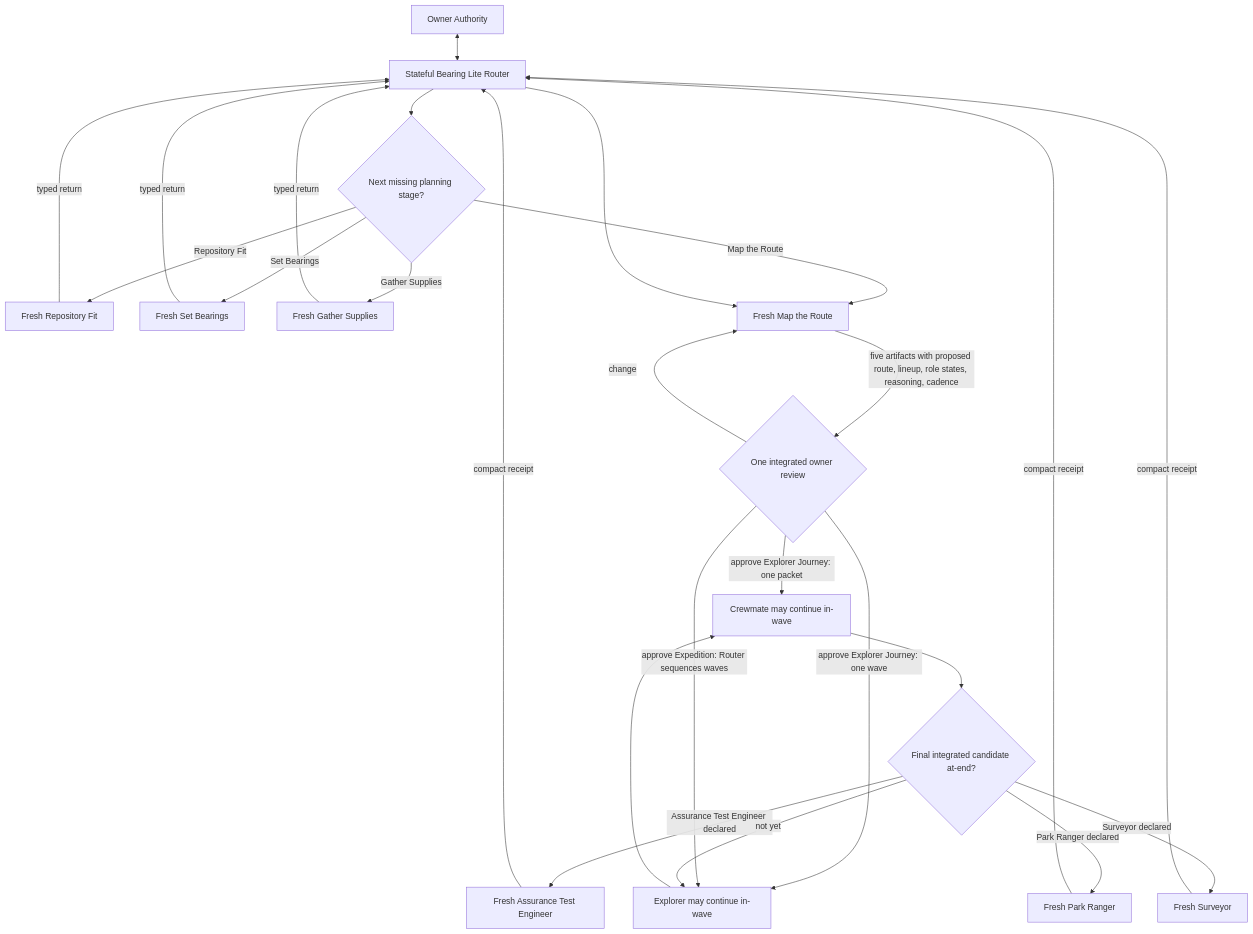
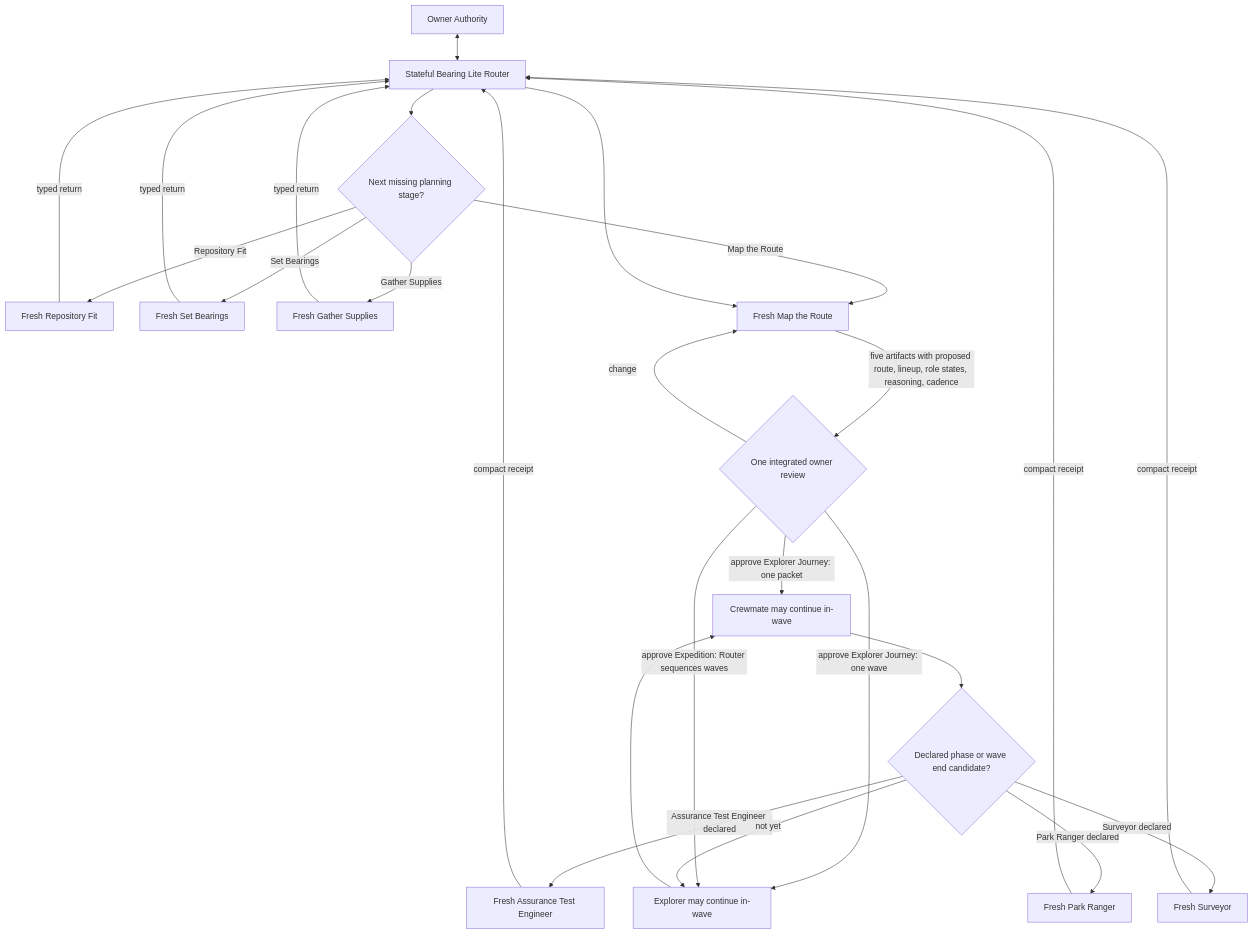
Before and after one commit to alphazede/bearing-lite: the diagram in skills/bearing-lite/references/role-routing.mmd, drawn with Mermaid. The commit also changed 10 other files, not shown here.

```diff
--- a/skills/bearing-lite/references/role-routing.mmd
+++ b/skills/bearing-lite/references/role-routing.mmd
@@ -1,21 +1,21 @@
 flowchart TD
     O[Owner Authority] <--> R[Stateful Bearing Lite Router]
     R --> P{Next missing planning stage?}
     P -->|Repository Fit| PF[Fresh Repository Fit]
     P -->|Set Bearings| SB[Fresh Set Bearings]
     P -->|Gather Supplies| GS[Fresh Gather Supplies]
     P -->|Map the Route| MR[Fresh Map the Route]
     PF & SB & GS -->|typed return| R
     R --> MR
     MR -->|five artifacts with proposed route, lineup, role states, reasoning, cadence| I{One integrated owner review}
     I -->|change| MR
     I -->|approve Explorer Journey: one packet| C[Crewmate may continue in-wave]
     I -->|approve Explorer Journey: one wave| E[Explorer may continue in-wave]
     I -->|approve Expedition: Router sequences waves| E
     E --> C
-    C --> A{Final integrated candidate at-end?}
+    C --> A{Declared phase or wave end candidate?}
     A -->|Assurance Test Engineer declared| V[Fresh Assurance Test Engineer]
     A -->|Park Ranger declared| PK[Fresh Park Ranger]
     A -->|Surveyor declared| S[Fresh Surveyor]
     A -->|not yet| E
     V & PK & S -->|compact receipt| R
```
